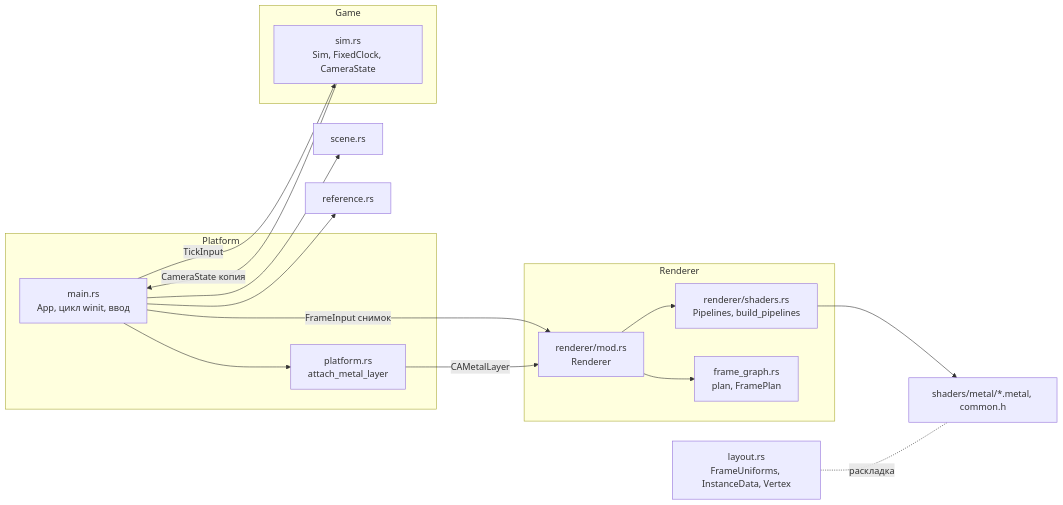
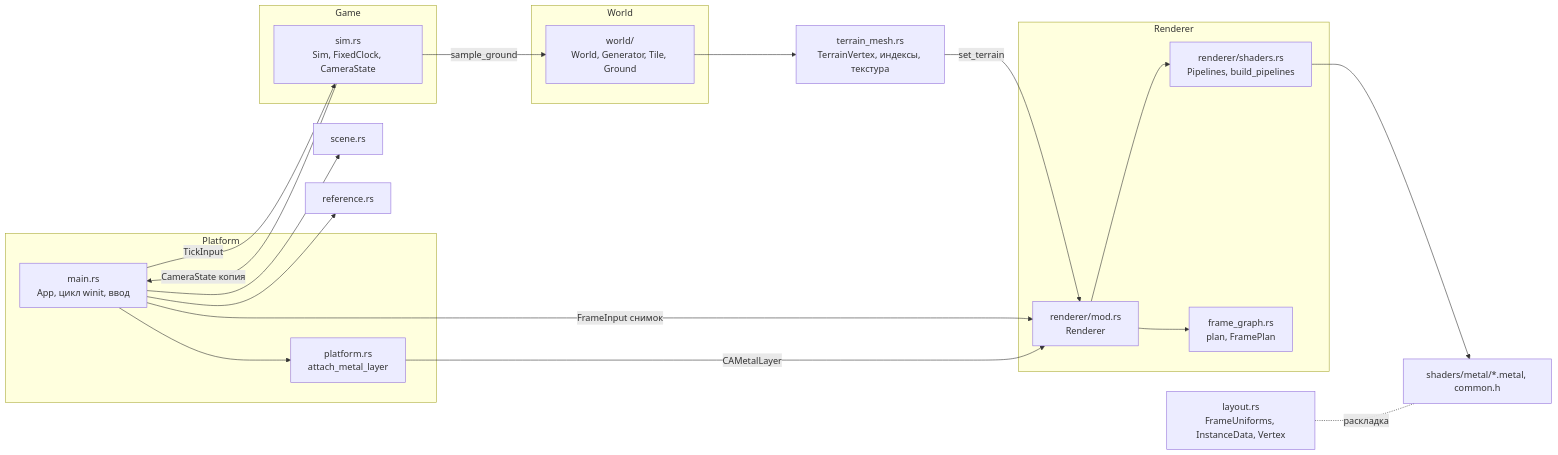
The first of 2 diagrams in architecture/00-arch.md (vladislav-vasilenko/mycelium-engine), drawn with Mermaid before and after one commit. The commit also changed other lines of this file and 31 other files, not shown here.

First line of the commit message:
Stage 02 step 1: generated world, terrain render, walking; app/dmg packaging

````diff
--- a/architecture/00-arch.md
+++ b/architecture/00-arch.md
@@ -40,31 +42,38 @@
 ```mermaid
 flowchart LR
     subgraph Platform
         main["main.rs<br/>App, цикл winit, ввод"]
         plat["platform.rs<br/>attach_metal_layer"]
     end
     subgraph Game
         sim["sim.rs<br/>Sim, FixedClock, CameraState"]
     end
+    subgraph World
+        world["world/<br/>World, Generator, Tile, Ground"]
+    end
+    tmesh["terrain_mesh.rs<br/>TerrainVertex, индексы, текстура"]
     subgraph Renderer
         rmod["renderer/mod.rs<br/>Renderer"]
         rsh["renderer/shaders.rs<br/>Pipelines, build_pipelines"]
         fg["frame_graph.rs<br/>plan, FramePlan"]
     end
     layout["layout.rs<br/>FrameUniforms, InstanceData, Vertex"]
     scene["scene.rs"]
     ref["reference.rs"]
     msl["shaders/metal/*.metal, common.h"]
 
     main -->|TickInput| sim
+    sim -->|sample_ground| world
+    world --> tmesh
+    tmesh -->|set_terrain| rmod
     sim -->|CameraState копия| main
     main -->|FrameInput снимок| rmod
     main --> plat
     plat -->|CAMetalLayer| rmod
     rmod --> rsh
     rmod --> fg
     rsh --> msl
     layout -.раскладка.- msl
     main --> scene
     main --> ref
 ```
````
